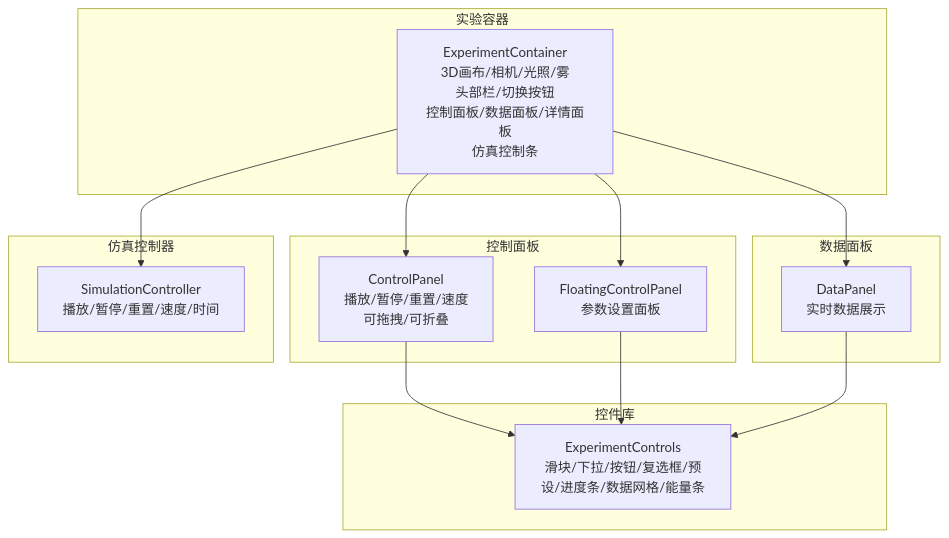
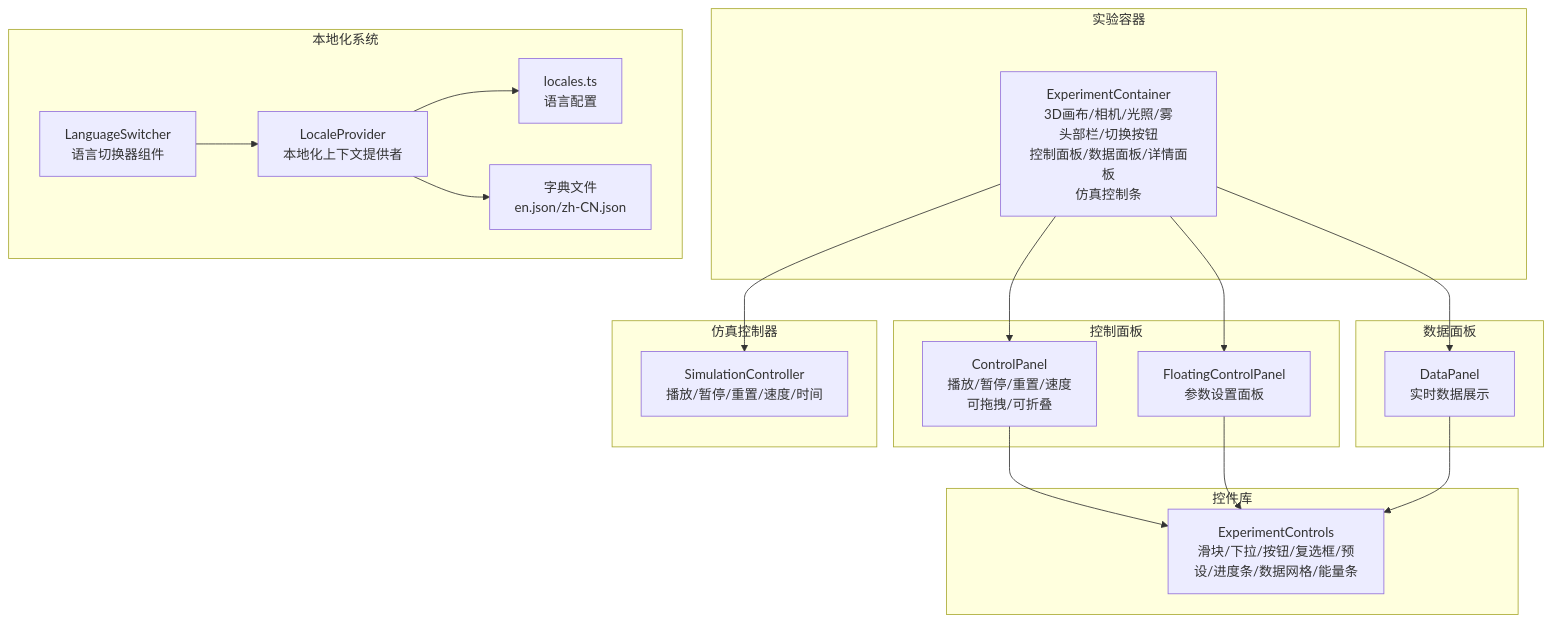
Before and after one commit to KaiYun-Wang/phys-lab-3d: the first of 6 diagrams in .qoder/repowiki/zh/content/用户界面组件/用户界面组件.md, drawn with Mermaid. The commit also changed other lines of this file and 6 other files, not shown here.

````diff
--- a/.qoder/repowiki/zh/content/用户界面组件/用户界面组件.md
+++ b/.qoder/repowiki/zh/content/用户界面组件/用户界面组件.md
@@ -41,26 +56,35 @@
 ```mermaid
 graph TB
 subgraph "实验容器"
 EC["ExperimentContainer<br/>3D画布/相机/光照/雾<br/>头部栏/切换按钮<br/>控制面板/数据面板/详情面板<br/>仿真控制条"]
 end
 subgraph "控制面板"
 CP["ControlPanel<br/>播放/暂停/重置/速度<br/>可拖拽/可折叠"]
 FCP["FloatingControlPanel<br/>参数设置面板"]
 end
 subgraph "数据面板"
 DP["DataPanel<br/>实时数据展示"]
 end
 subgraph "仿真控制器"
 SC["SimulationController<br/>播放/暂停/重置/速度/时间"]
 end
 subgraph "控件库"
 ECL["ExperimentControls<br/>滑块/下拉/按钮/复选框/预设/进度条/数据网格/能量条"]
 end
+subgraph "本地化系统"
+LS["LanguageSwitcher<br/>语言切换器组件"]
+LP["LocaleProvider<br/>本地化上下文提供者"]
+LOCALES["locales.ts<br/>语言配置"]
+DICT["字典文件<br/>en.json/zh-CN.json"]
+end
 EC --> CP
 EC --> FCP
 EC --> DP
 EC --> SC
 CP --> ECL
 FCP --> ECL
 DP --> ECL
+LS --> LP
+LP --> LOCALES
+LP --> DICT
 ```
````
